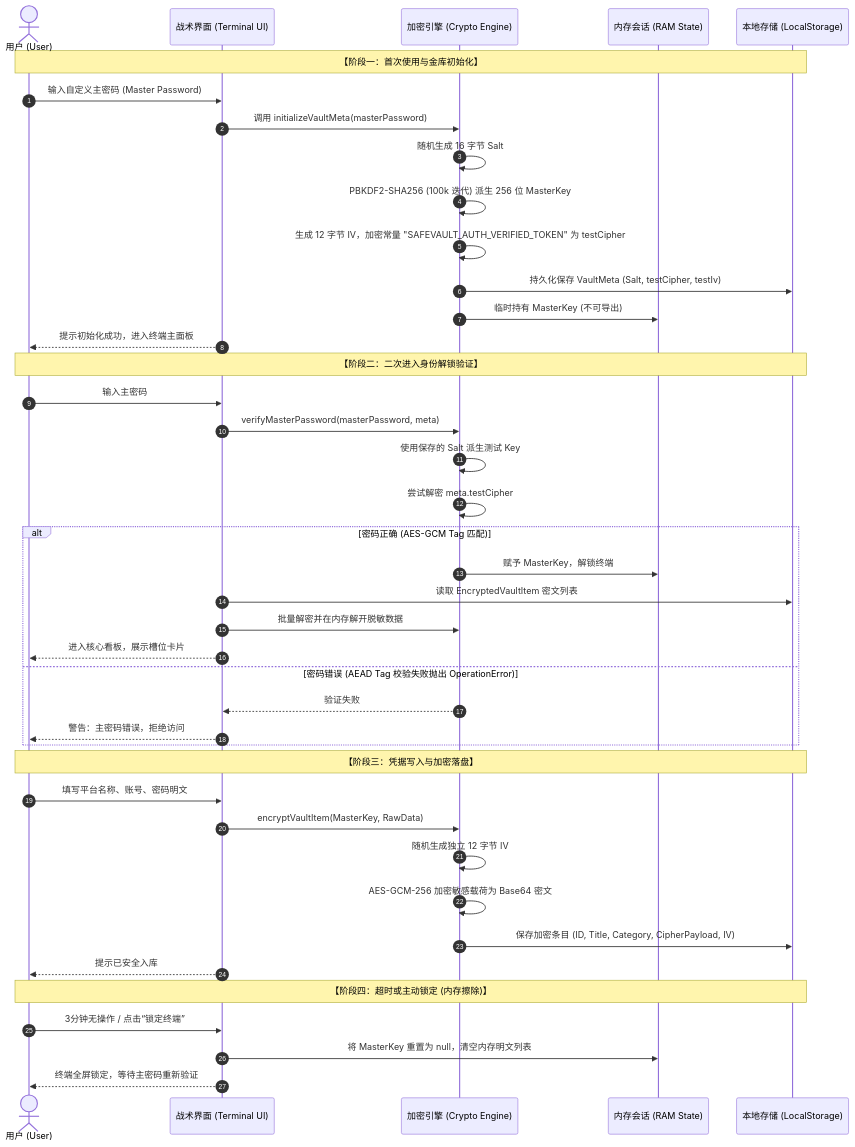
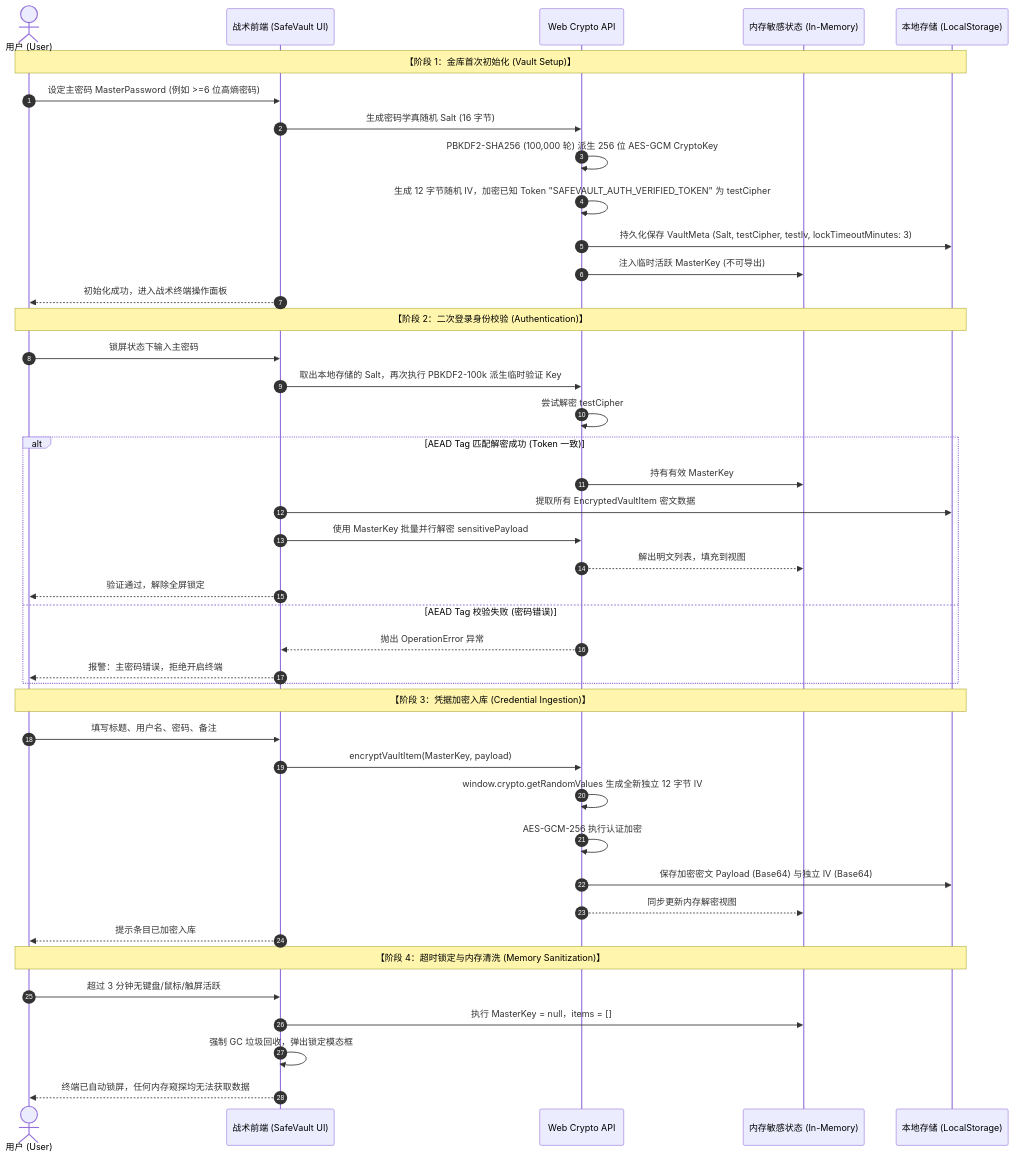
The first of 2 diagrams in SafeVault_程序系统详细设计说明书.md (1510952971/safevault), drawn with Mermaid before and after one commit. The commit also changed other lines of this file and 2 other files, not shown here.

````diff
--- a/SafeVault_程序系统详细设计说明书.md
+++ b/SafeVault_程序系统详细设计说明书.md
@@ -89,47 +148,48 @@
 ```mermaid
 sequenceDiagram
     autonumber
     actor User as 用户 (User)
-    participant UI as 战术界面 (Terminal UI)
-    participant Crypto as 加密引擎 (Crypto Engine)
-    participant Memory as 内存会话 (RAM State)
+    participant UI as 战术前端 (SafeVault UI)
+    participant Crypto as Web Crypto API
+    participant RAM as 内存敏感状态 (In-Memory)
     participant Storage as 本地存储 (LocalStorage)
 
-    Note over User,Storage: 【阶段一：首次使用与金库初始化】
-    User->>UI: 输入自定义主密码 (Master Password)
-    UI->>Crypto: 调用 initializeVaultMeta(masterPassword)
-    Crypto->>Crypto: 随机生成 16 字节 Salt
-    Crypto->>Crypto: PBKDF2-SHA256 (100k 迭代) 派生 256 位 MasterKey
-    Crypto->>Crypto: 生成 12 字节 IV，加密常量 "SAFEVAULT_AUTH_VERIFIED_TOKEN" 为 testCipher
-    Crypto->>Storage: 持久化保存 VaultMeta (Salt, testCipher, testIv)
-    Crypto->>Memory: 临时持有 MasterKey (不可导出)
-    UI-->>User: 提示初始化成功，进入终端主面板
+    Note over User,Storage: 【阶段 1：金库首次初始化 (Vault Setup)】
+    User->>UI: 设定主密码 MasterPassword (例如 >=6 位高熵密码)
+    UI->>Crypto: 生成密码学真随机 Salt (16 字节)
+    Crypto->>Crypto: PBKDF2-SHA256 (100,000 轮) 派生 256 位 AES-GCM CryptoKey
+    Crypto->>Crypto: 生成 12 字节随机 IV，加密已知 Token "SAFEVAULT_AUTH_VERIFIED_TOKEN" 为 testCipher
+    Crypto->>Storage: 持久化保存 VaultMeta (Salt, testCipher, testIv, lockTimeoutMinutes: 3)
+    Crypto->>RAM: 注入临时活跃 MasterKey (不可导出)
+    UI-->>User: 初始化成功，进入战术终端操作面板
 
-    Note over User,Storage: 【阶段二：二次进入身份解锁验证】
-    User->>UI: 输入主密码
-    UI->>Crypto: verifyMasterPassword(masterPassword, meta)
-    Crypto->>Crypto: 使用保存的 Salt 派生测试 Key
-    Crypto->>Crypto: 尝试解密 meta.testCipher
-    alt 密码正确 (AES-GCM Tag 匹配)
-        Crypto->>Memory: 赋予 MasterKey，解锁终端
-        UI->>Storage: 读取 EncryptedVaultItem 密文列表
-        UI->>Crypto: 批量解密并在内存解开脱敏数据
-        UI-->>User: 进入核心看板，展示槽位卡片
-    else 密码错误 (AEAD Tag 校验失败抛出 OperationError)
-        Crypto-->>UI: 验证失败
-        UI-->>User: 警告：主密码错误，拒绝访问
+    Note over User,Storage: 【阶段 2：二次登录身份校验 (Authentication)】
+    User->>UI: 锁屏状态下输入主密码
+    UI->>Crypto: 取出本地存储的 Salt，再次执行 PBKDF2-100k 派生临时验证 Key
+    Crypto->>Crypto: 尝试解密 testCipher
+    alt AEAD Tag 匹配解密成功 (Token 一致)
+        Crypto->>RAM: 持有有效 MasterKey
+        UI->>Storage: 提取所有 EncryptedVaultItem 密文数据
+        UI->>Crypto: 使用 MasterKey 批量并行解密 sensitivePayload
+        Crypto-->>RAM: 解出明文列表，填充到视图
+        UI-->>User: 验证通过，解除全屏锁定
+    else AEAD Tag 校验失败 (密码错误)
+        Crypto-->>UI: 抛出 OperationError 异常
+        UI-->>User: 报警：主密码错误，拒绝开启终端
     end
 
-    Note over User,Storage: 【阶段三：凭据写入与加密落盘】
-    User->>UI: 填写平台名称、账号、密码明文
-    UI->>Crypto: encryptVaultItem(MasterKey, RawData)
-    Crypto->>Crypto: 随机生成独立 12 字节 IV
-    Crypto->>Crypto: AES-GCM-256 加密敏感载荷为 Base64 密文
-    Crypto->>Storage: 保存加密条目 (ID, Title, Category, CipherPayload, IV)
-    UI-->>User: 提示已安全入库
+    Note over User,Storage: 【阶段 3：凭据加密入库 (Credential Ingestion)】
+    User->>UI: 填写标题、用户名、密码、备注
+    UI->>Crypto: encryptVaultItem(MasterKey, payload)
+    Crypto->>Crypto: window.crypto.getRandomValues 生成全新独立 12 字节 IV
+    Crypto->>Crypto: AES-GCM-256 执行认证加密
+    Crypto->>Storage: 保存加密密文 Payload (Base64) 与独立 IV (Base64)
+    Crypto-->>RAM: 同步更新内存解密视图
+    UI-->>User: 提示条目已加密入库
 
-    Note over User,Storage: 【阶段四：超时或主动锁定 (内存擦除)】
-    User->>UI: 3分钟无操作 / 点击“锁定终端”
-    UI->>Memory: 将 MasterKey 重置为 null，清空内存明文列表
-    UI-->>User: 终端全屏锁定，等待主密码重新验证
+    Note over User,Storage: 【阶段 4：超时锁定与内存清洗 (Memory Sanitization)】
+    User->>UI: 超过 3 分钟无键盘/鼠标/触屏活跃
+    UI->>RAM: 执行 MasterKey = null，items = []
+    UI->>UI: 强制 GC 垃圾回收，弹出锁定模态框
+    UI-->>User: 终端已自动锁屏，任何内存窥探均无法获取数据
 ```
````
